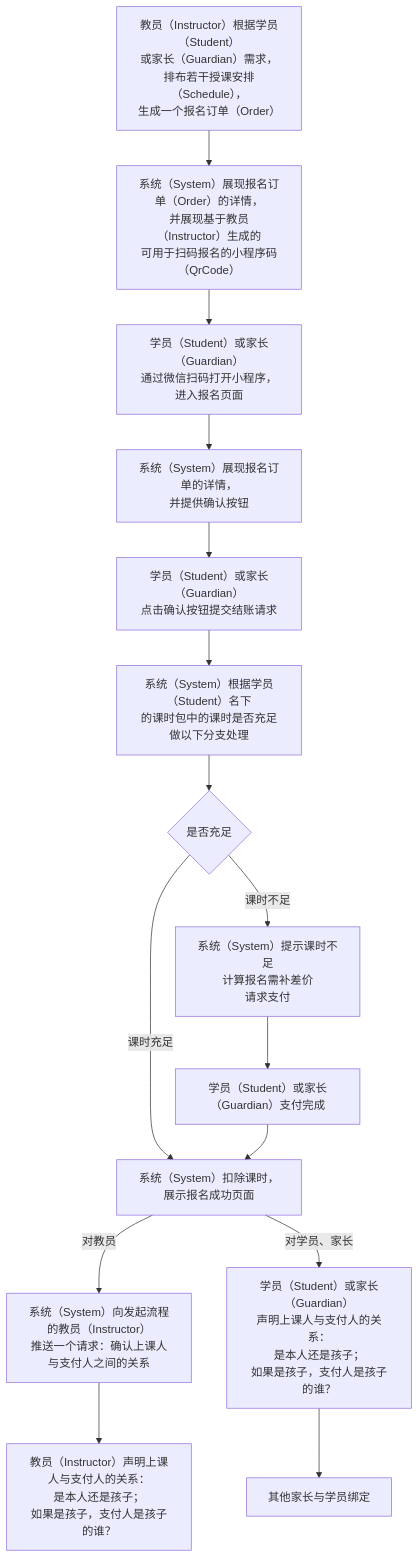
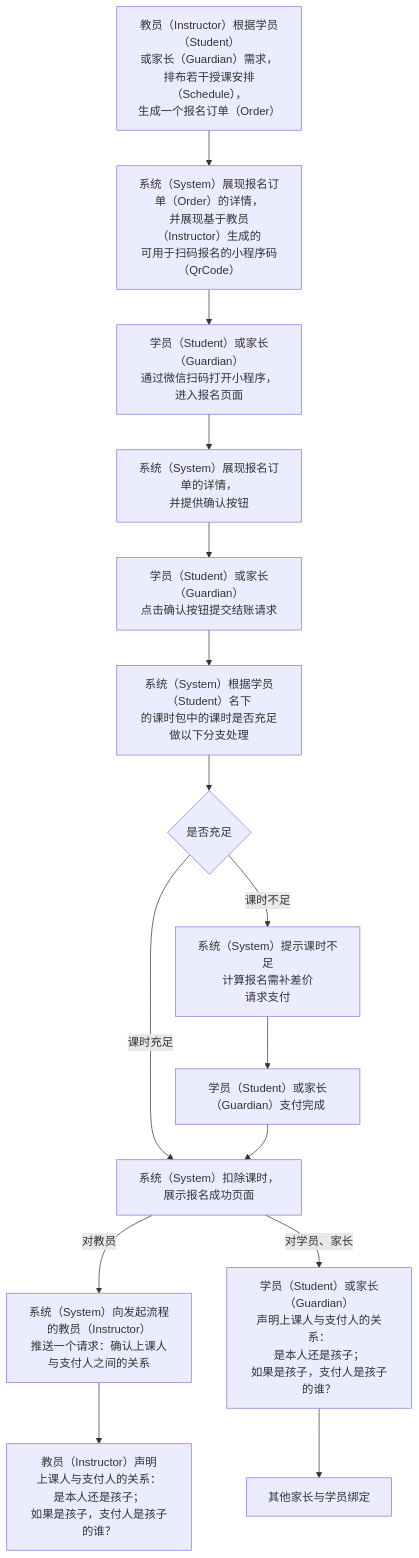
The diagram in 用例/报名.md (world-wide-web/sign), drawn with Mermaid before and after one commit. The commit also changed other lines of this file, not shown here.

````diff
--- a/用例/报名.md
+++ b/用例/报名.md
@@ -8,46 +8,46 @@
 ```mermaid
 graph TD
 
 生成报名订单-->生成报名码
 生成报名码-->扫码报名
 扫码报名-->展现报名订单
 展现报名订单-->确认并提交结账请求
 确认并提交结账请求-->检查课时数量
 检查课时数量-->判断课时数量
 判断课时数量--课时充足-->扣课并提示报名成功
 判断课时数量--课时不足-->请求支付
 请求支付-->支付完成
 支付完成-->扣课并提示报名成功
 扣课并提示报名成功--对教员-->请求身份声明
 扣课并提示报名成功--"对学员、家长"-->支付人身份声明
 请求身份声明-->教员代理身份声明
 支付人身份声明-->其他家长与学员绑定
 
 生成报名订单["<center>教员（Instructor）根据学员（Student）<br>或家长（Guardian）需求，<br>排布若干授课安排（Schedule），<br>生成一个报名订单（Order）</center>"]
 
 生成报名码["<center>系统（System）展现报名订单（Order）的详情，<br>并展现基于教员（Instructor）生成的<br>可用于扫码报名的小程序码（QrCode）</center>"]
 
 扫码报名["<center>学员（Student）或家长（Guardian）<br>通过微信扫码打开小程序，进入报名页面</center>"]
 
 展现报名订单["<center>系统（System）展现报名订单的详情，<br>并提供确认按钮</center>"]
 
 确认并提交结账请求["<center>学员（Student）或家长（Guardian）<br>点击确认按钮提交结账请求</center>"]
 
 检查课时数量["<center>系统（System）根据学员（Student）名下<br>的课时包中的课时是否充足做以下分支处理</center>"]
 
 判断课时数量{"<center>是否充足</center>"}
 
 请求支付["<center>系统（System）提示课时不足<br>计算报名需补差价<br>请求支付</center>"]
 
 支付完成["<center>学员（Student）或家长（Guardian）支付完成</center>"]
 
 扣课并提示报名成功["<center>系统（System）扣除课时，展示报名成功页面</center>"]
 
 请求身份声明["<center>系统（System）向发起流程的教员（Instructor）<br>推送一个请求：确认上课人与支付人之间的关系</center>"]
 
 支付人身份声明["<center>学员（Student）或家长（Guardian）<br>声明上课人与支付人的关系：<br>是本人还是孩子；<br>如果是孩子，支付人是孩子的谁？</center>"]
 
-教员代理身份声明["<center>教员（Instructor）声明上课人与支付人的关系：<br>是本人还是孩子；<br>如果是孩子，支付人是孩子的谁？</center>"]
+教员代理身份声明["<center>教员（Instructor）声明<br>上课人与支付人的关系：<br>是本人还是孩子；<br>如果是孩子，支付人是孩子的谁？</center>"]
 
 其他家长与学员绑定
 ```
````
